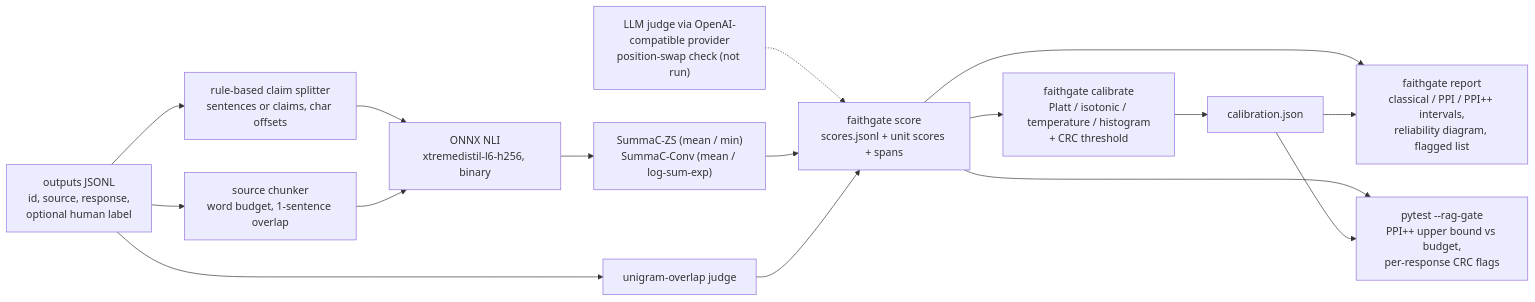
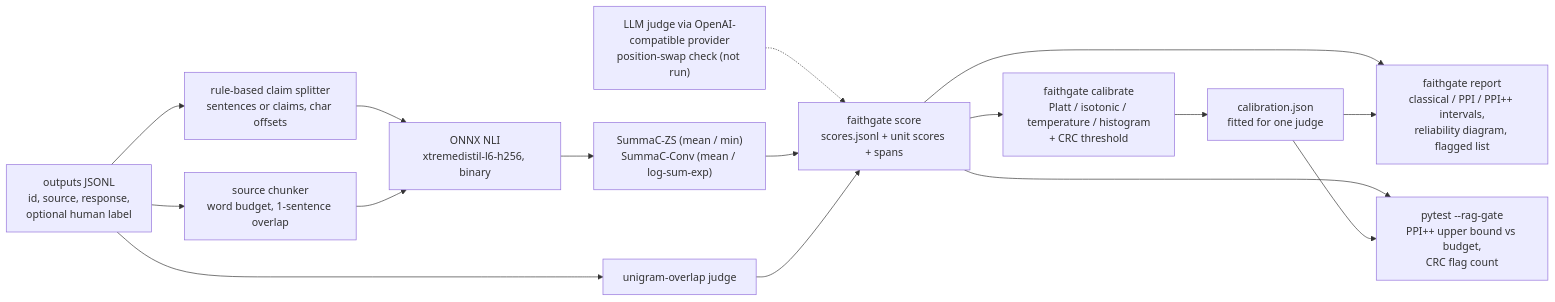
One commit to daniellopez882/rag-faithfulness-ppi-gate changed the diagram in README.md. Above: the diagram before and after it, drawn with Mermaid. The commit also changed other lines of this file, not shown here.

````diff
--- a/README.md
+++ b/README.md
@@ -159,18 +203,18 @@
 ```mermaid
 flowchart LR
     IN["outputs JSONL<br/>id, source, response,<br/>optional human label"] --> SPLIT["rule-based claim splitter<br/>sentences or claims, char offsets"]
     IN --> CHUNK["source chunker<br/>word budget, 1-sentence overlap"]
     SPLIT --> NLI["ONNX NLI<br/>xtremedistil-l6-h256, binary"]
     CHUNK --> NLI
     NLI --> AGG["SummaC-ZS (mean / min)<br/>SummaC-Conv (mean / log-sum-exp)"]
     IN --> OVL["unigram-overlap judge"]
     LLM["LLM judge via OpenAI-compatible provider<br/>position-swap check (not run)"] -.-> SCORE
     AGG --> SCORE["faithgate score<br/>scores.jsonl + unit scores + spans"]
     OVL --> SCORE
     SCORE --> CAL["faithgate calibrate<br/>Platt / isotonic / temperature / histogram<br/>+ CRC threshold"]
-    CAL --> ART["calibration.json"]
+    CAL --> ART["calibration.json<br/>fitted for one judge"]
     SCORE --> REP["faithgate report<br/>classical / PPI / PPI++ intervals,<br/>reliability diagram, flagged list"]
     ART --> REP
-    SCORE --> GATE["pytest --rag-gate<br/>PPI++ upper bound vs budget,<br/>per-response CRC flags"]
+    SCORE --> GATE["pytest --rag-gate<br/>PPI++ upper bound vs budget,<br/>CRC flag count"]
     ART --> GATE
 ```
````
